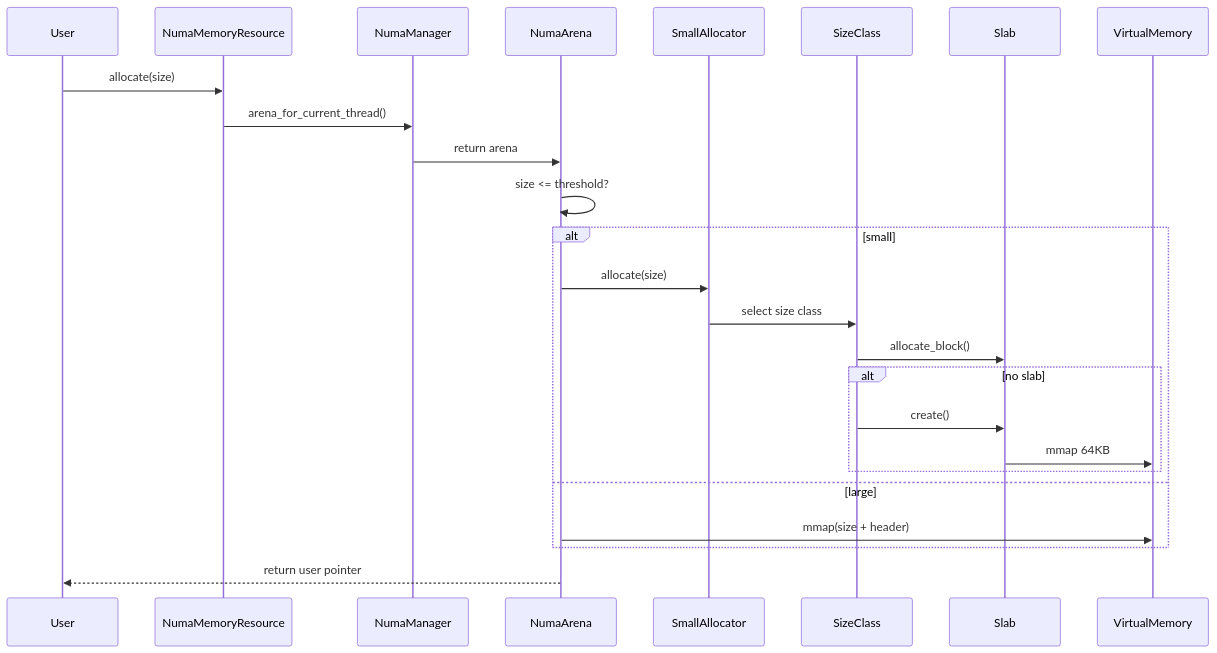
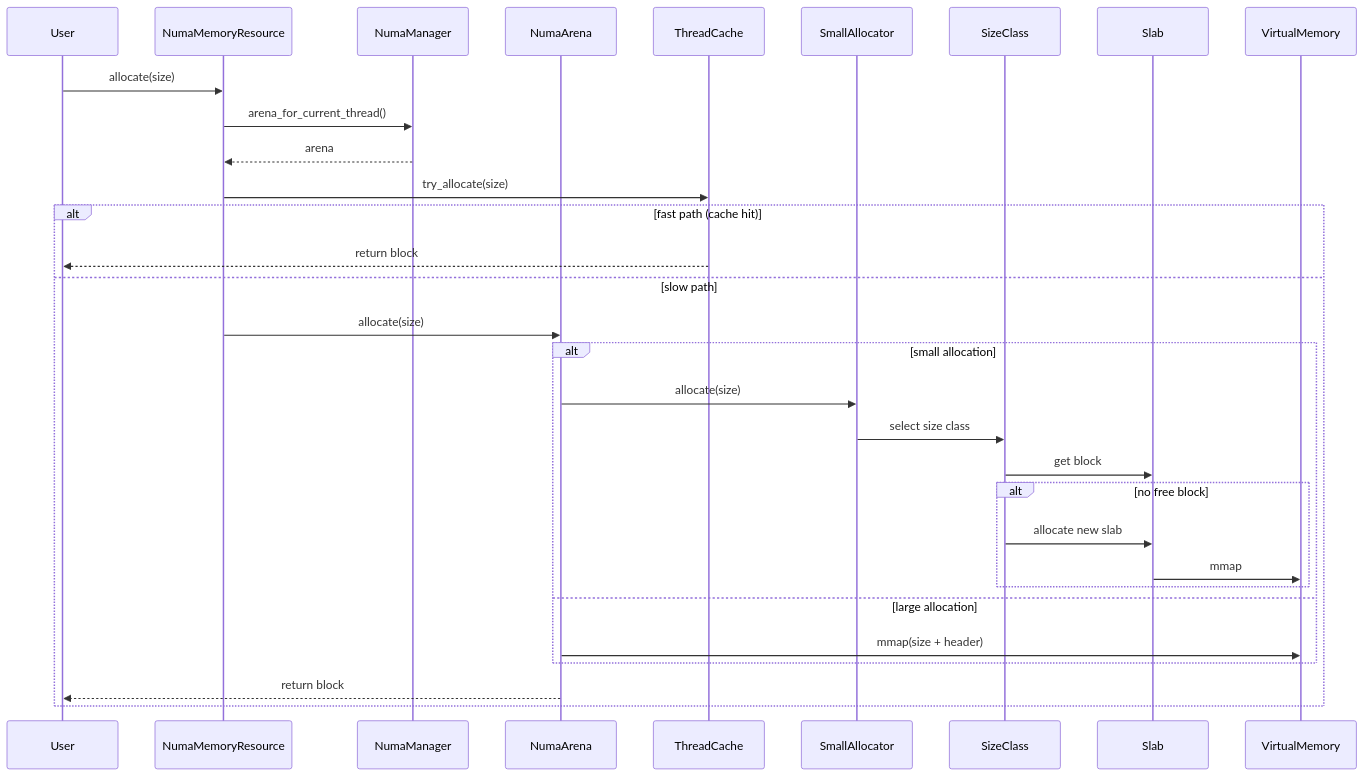
The diagram in graphic/allocation.md (donar337/numa-pmr), drawn with Mermaid before and after one commit. The commit also changed 20 other files, not shown here.

````diff
--- a/graphic/allocation.md
+++ b/graphic/allocation.md
@@ -1,31 +1,41 @@
 ```mermaid
 sequenceDiagram
     participant User
     participant PMR as NumaMemoryResource
     participant Manager as NumaManager
     participant Arena as NumaArena
+    participant TLC as ThreadCache
     participant Small as SmallAllocator
     participant SC as SizeClass
     participant Slab
     participant VM as VirtualMemory
 
     User->>PMR: allocate(size)
+
     PMR->>Manager: arena_for_current_thread()
-    Manager->>Arena: return arena
+    Manager-->>PMR: arena
 
-    Arena->>Arena: size <= threshold?
+    PMR->>TLC: try_allocate(size)
 
-    alt small
-        Arena->>Small: allocate(size)
-        Small->>SC: select size class
-        SC->>Slab: allocate_block()
-        alt no slab
-            SC->>Slab: create()
-            Slab->>VM: mmap 64KB
+    alt fast path (cache hit)
+        TLC-->>User: return block
+    else slow path
+        PMR->>Arena: allocate(size)
+
+        alt small allocation
+            Arena->>Small: allocate(size)
+            Small->>SC: select size class
+            SC->>Slab: get block
+
+            alt no free block
+                SC->>Slab: allocate new slab
+                Slab->>VM: mmap
+            end
+
+        else large allocation
+            Arena->>VM: mmap(size + header)
         end
-    else large
-        Arena->>VM: mmap(size + header)
+
+        Arena-->>User: return block
     end
-
-    Arena-->>User: return user pointer
 ```
````
